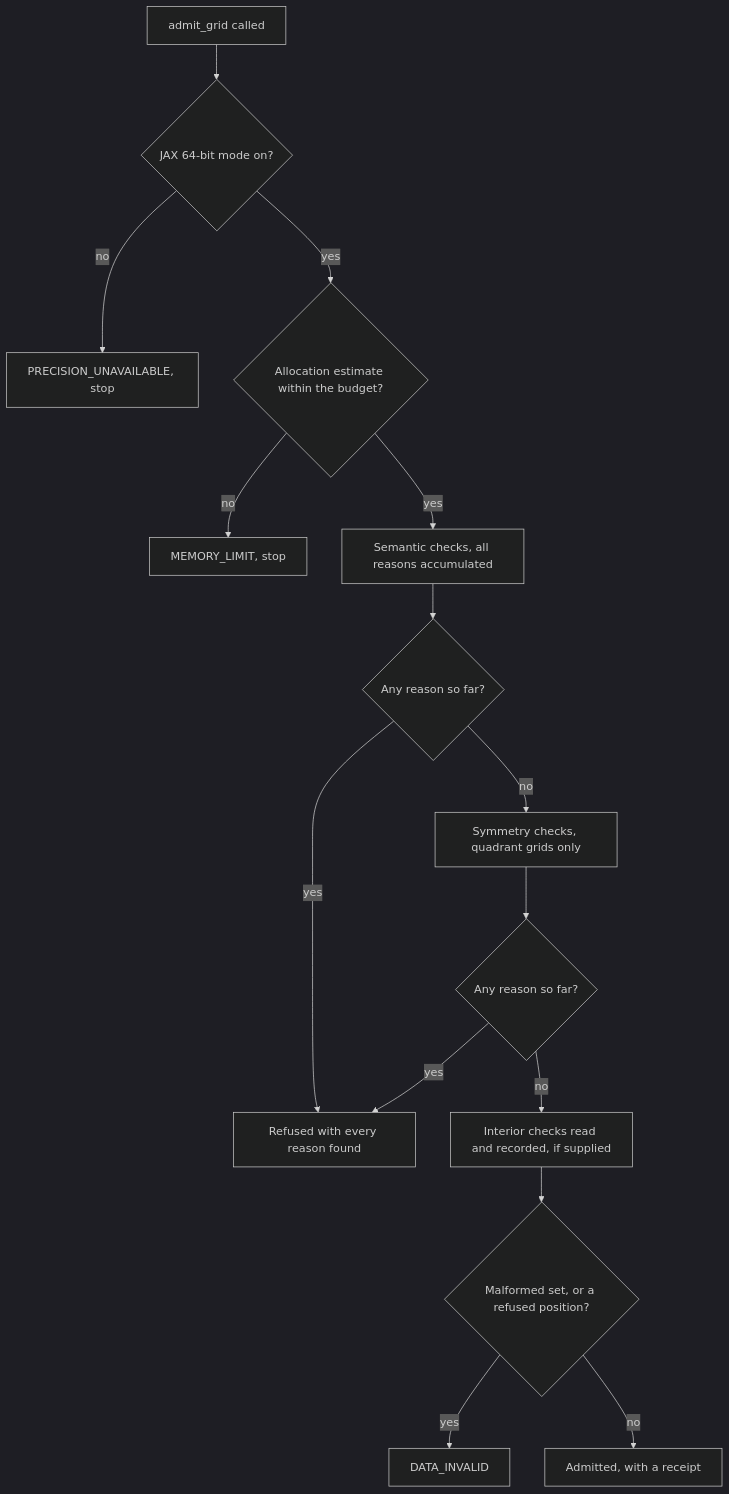
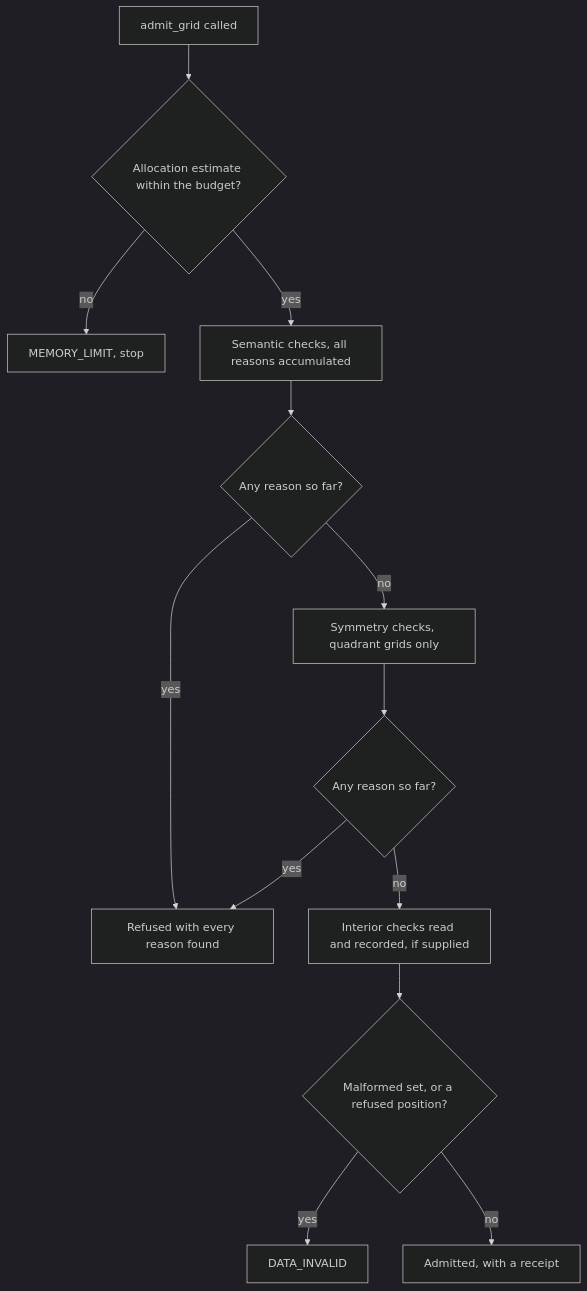
Before and after one commit to HabitableWorldsObservatory/yippy: the diagram in docs/sinc/practice/admission.md, drawn with Mermaid (dark theme). The commit also changed other lines of this file and 48 other files, not shown here.

````diff
--- a/docs/sinc/practice/admission.md
+++ b/docs/sinc/practice/admission.md
@@ -301,17 +299,15 @@
 ```mermaid
 flowchart TD
-    A["admit_grid called"] --> B{"JAX 64-bit mode on?"}
-    B -- no --> X1["PRECISION_UNAVAILABLE, stop"]
-    B -- yes --> C{"Allocation estimate within the budget?"}
+    A["admit_grid called"] --> C{"Allocation estimate within the budget?"}
     C -- no --> X2["MEMORY_LIMIT, stop"]
     C -- yes --> D["Semantic checks, all reasons accumulated"]
     D --> E{"Any reason so far?"}
     E -- yes --> F["Refused with every reason found"]
     E -- no --> G["Symmetry checks, quadrant grids only"]
     G --> H{"Any reason so far?"}
     H -- yes --> F
     H -- no --> I["Interior checks read and recorded, if supplied"]
     I --> J{"Malformed set, or a refused position?"}
     J -- yes --> K["DATA_INVALID"]
     J -- no --> L["Admitted, with a receipt"]
 ```
````
